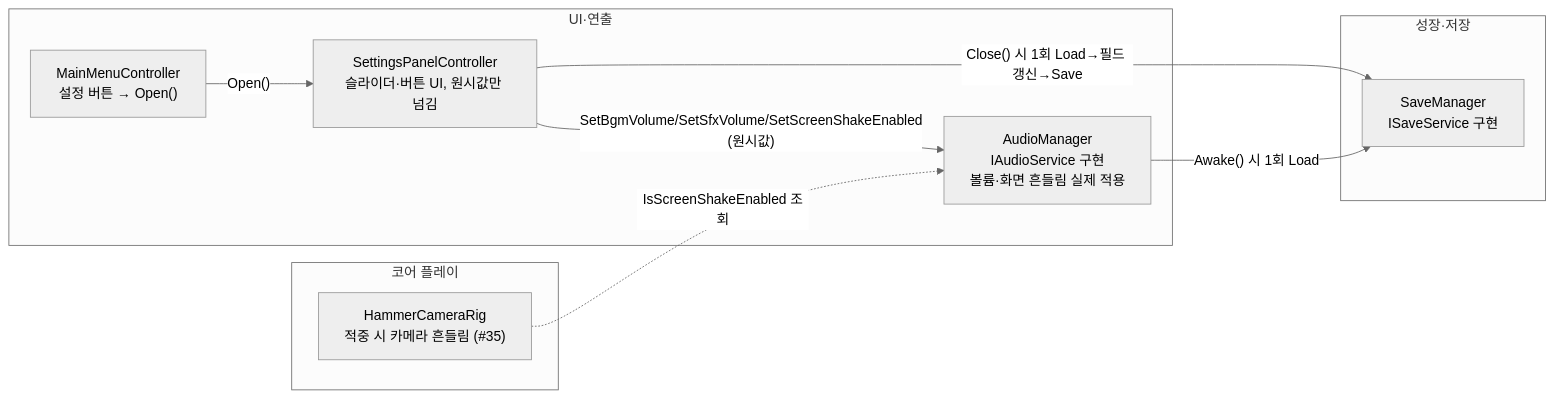
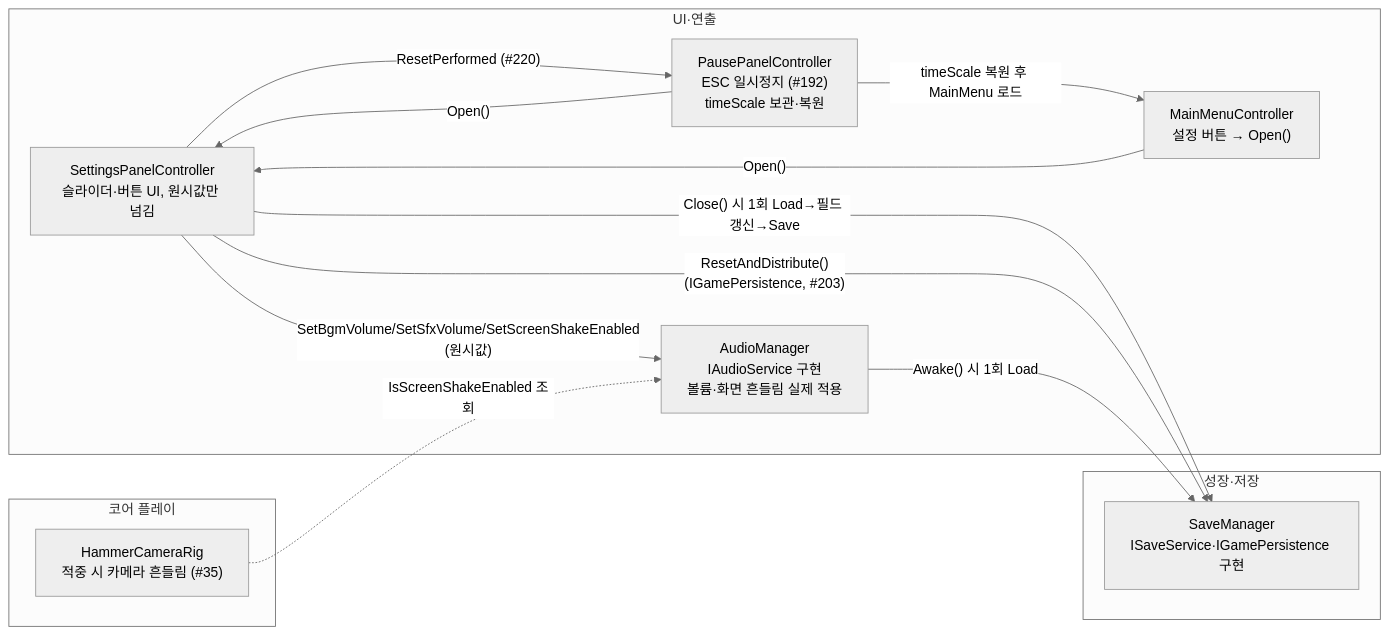
The diagram in docs/TECH_NOTES/settings-panel.md (KDNA-Gwangju-1/NCAIClicker), drawn with Mermaid (neutral theme) before and after one commit. The commit also changed other lines of this file and 9 other files, not shown here.

````diff
--- a/docs/TECH_NOTES/settings-panel.md
+++ b/docs/TECH_NOTES/settings-panel.md
@@ -39,22 +61,27 @@
 ```mermaid
 flowchart LR
   subgraph UI["UI·연출"]
     settings["SettingsPanelController<br/>슬라이더·버튼 UI, 원시값만 넘김"]
     audio["AudioManager<br/>IAudioService 구현<br/>볼륨·화면 흔들림 실제 적용"]
     menu["MainMenuController<br/>설정 버튼 → Open()"]
+    pause["PausePanelController<br/>ESC 일시정지 (#192)<br/>timeScale 보관·복원"]
   end
 
   subgraph Core["코어 플레이"]
     rig["HammerCameraRig<br/>적중 시 카메라 흔들림 (#35)"]
   end
 
   subgraph Save["성장·저장"]
-    save["SaveManager<br/>ISaveService 구현"]
+    save["SaveManager<br/>ISaveService·IGamePersistence 구현"]
   end
 
   menu -- "Open()" --> settings
   settings -- "SetBgmVolume/SetSfxVolume/SetScreenShakeEnabled<br/>(원시값)" --> audio
   settings -- "Close() 시 1회 Load→필드 갱신→Save" --> save
+  settings -- "ResetAndDistribute()<br/>(IGamePersistence, #203)" --> save
+  settings -- "ResetPerformed (#220)" --> pause
+  pause -- "timeScale 복원 후 MainMenu 로드" --> menu
+  pause -- "Open()" --> settings
   rig -. "IsScreenShakeEnabled 조회" .-> audio
   audio -- "Awake() 시 1회 Load" --> save
 ```
````
